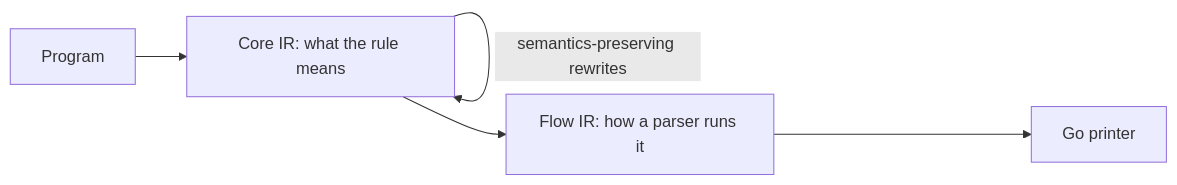
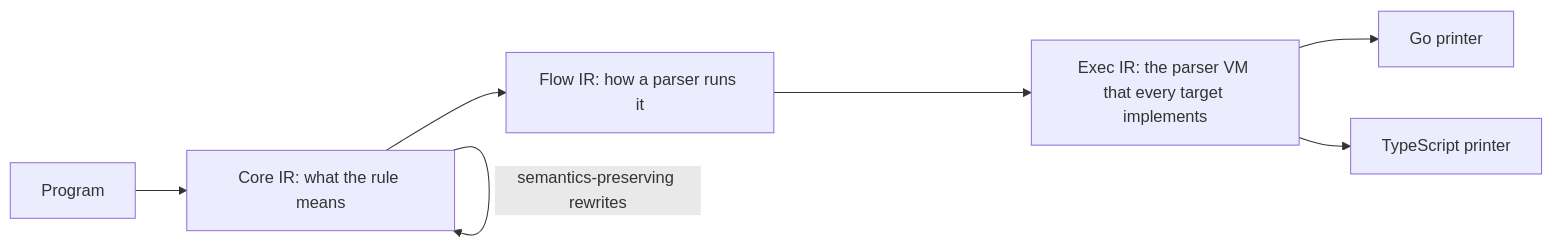
Before and after one commit to zeroparse/zp: the second of 2 diagrams in docs/design/architecture.md, drawn with Mermaid. The commit also changed other lines of this file and 3 other files, not shown here.

````diff
--- a/docs/design/architecture.md
+++ b/docs/design/architecture.md
@@ -62,7 +62,9 @@
 ```mermaid
 flowchart LR
   prog["Program"] --> core["Core IR: what the rule means"]
   core -->|"semantics-preserving rewrites"| core
   core --> flow["Flow IR: how a parser runs it"]
-  flow --> print["Go printer"]
+  flow --> exec["Exec IR: the parser VM that every target implements"]
+  exec --> goprint["Go printer"]
+  exec --> tsprint["TypeScript printer"]
 ```
````
